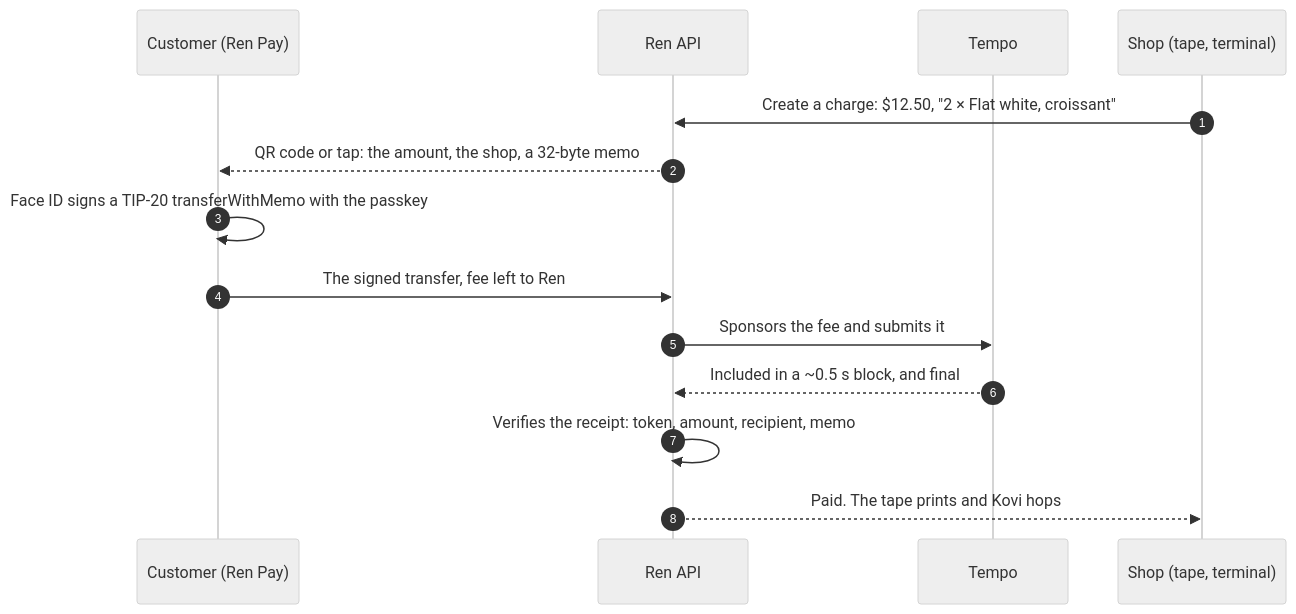
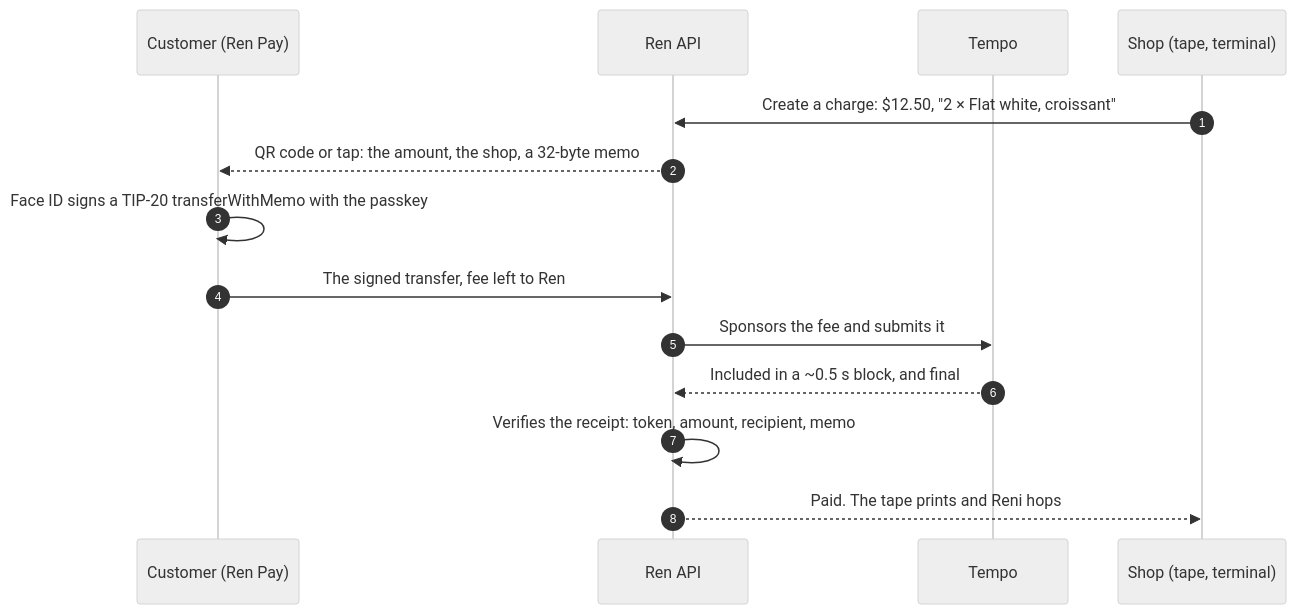
Before and after one commit to Cybire1/Ren: the diagram in README.md, drawn with Mermaid (neutral theme). The commit also changed other lines of this file and 8 other files, not shown here.

````diff
--- a/README.md
+++ b/README.md
@@ -93,16 +93,16 @@
 ```mermaid
 sequenceDiagram
     autonumber
     participant C as Customer (Ren Pay)
     participant R as Ren API
     participant T as Tempo
     participant S as Shop (tape, terminal)
     S->>R: Create a charge: $12.50, "2 × Flat white, croissant"
     R-->>C: QR code or tap: the amount, the shop, a 32-byte memo
     C->>C: Face ID signs a TIP-20 transferWithMemo with the passkey
     C->>R: The signed transfer, fee left to Ren
     R->>T: Sponsors the fee and submits it
     T-->>R: Included in a ~0.5 s block, and final
     R->>R: Verifies the receipt: token, amount, recipient, memo
-    R-->>S: Paid. The tape prints and Kovi hops
+    R-->>S: Paid. The tape prints and Reni hops
 ```
````
